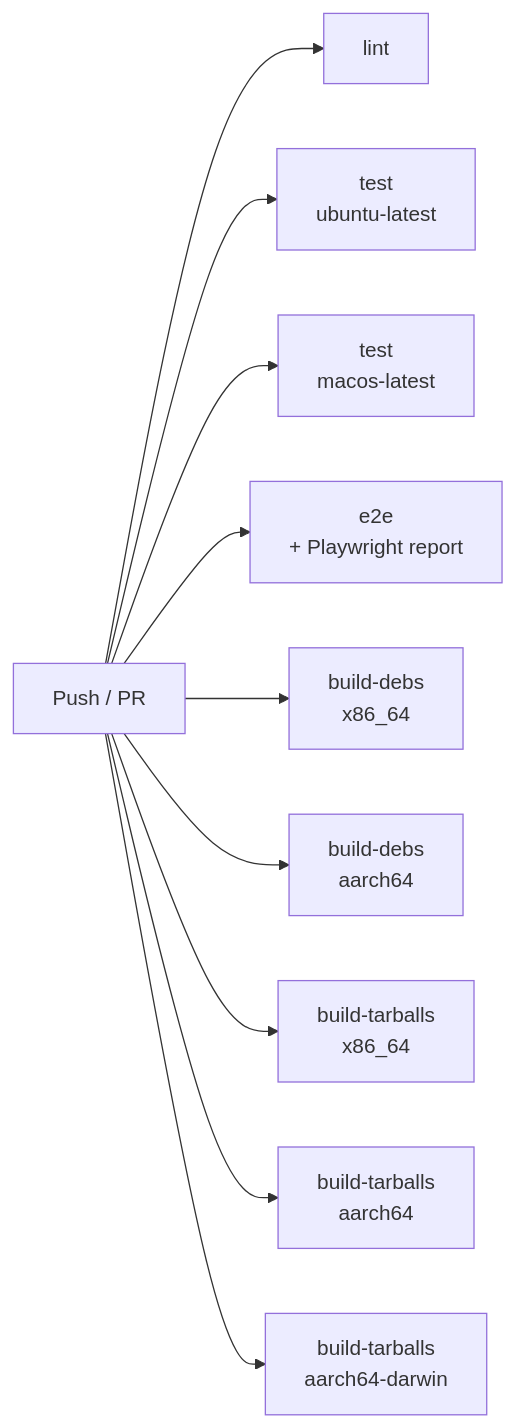
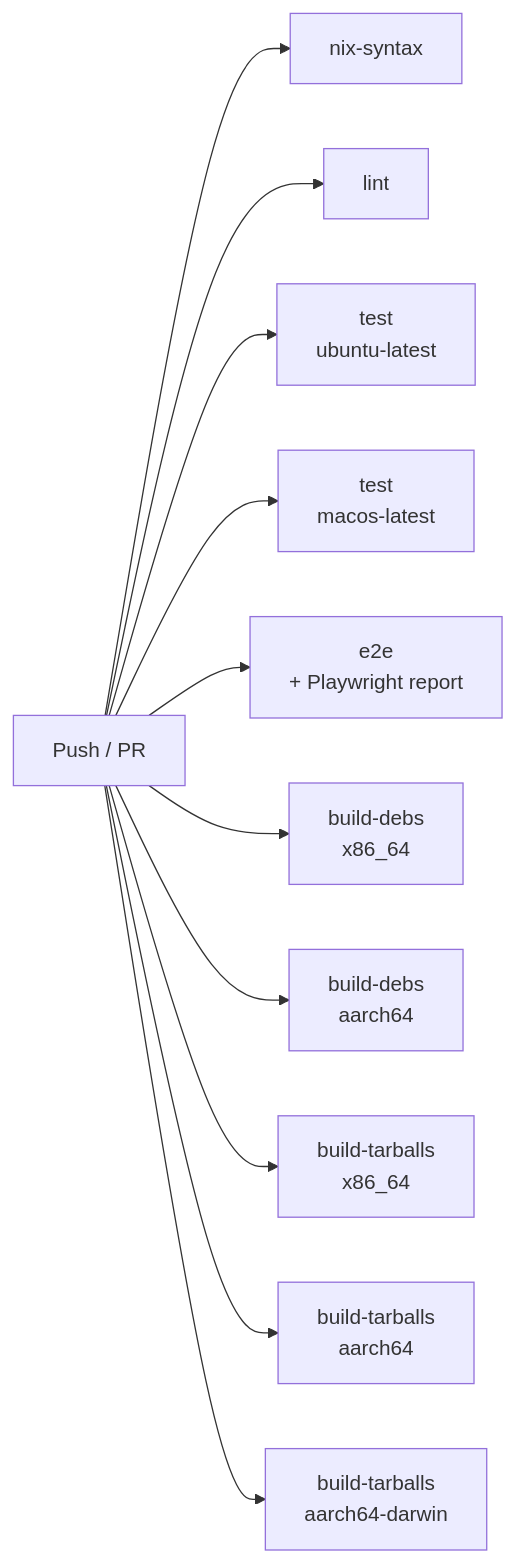
One commit to pcarrier/btrm changed the second of 6 diagrams in SERVICES.md. Above: the diagram before and after it, drawn with Mermaid. The commit also changed other lines of this file, not shown here.

Commit message:
Document nix-syntax CI job in SERVICES.md.
Generated with [Indent](https://indent.com)

````diff
--- a/SERVICES.md
+++ b/SERVICES.md
@@ -133,12 +133,13 @@
 ```mermaid
 flowchart LR
-    PR[Push / PR] --> lint[lint]
+    PR[Push / PR] --> nix[nix-syntax]
+    PR --> lint[lint]
     PR --> test_linux[test<br>ubuntu-latest]
     PR --> test_mac[test<br>macos-latest]
     PR --> e2e[e2e<br>+ Playwright report]
     PR --> ci_debs_x86[build-debs<br>x86_64]
     PR --> ci_debs_arm[build-debs<br>aarch64]
     PR --> ci_tar_x86[build-tarballs<br>x86_64]
     PR --> ci_tar_arm[build-tarballs<br>aarch64]
     PR --> ci_tar_mac[build-tarballs<br>aarch64-darwin]
 ```
````
